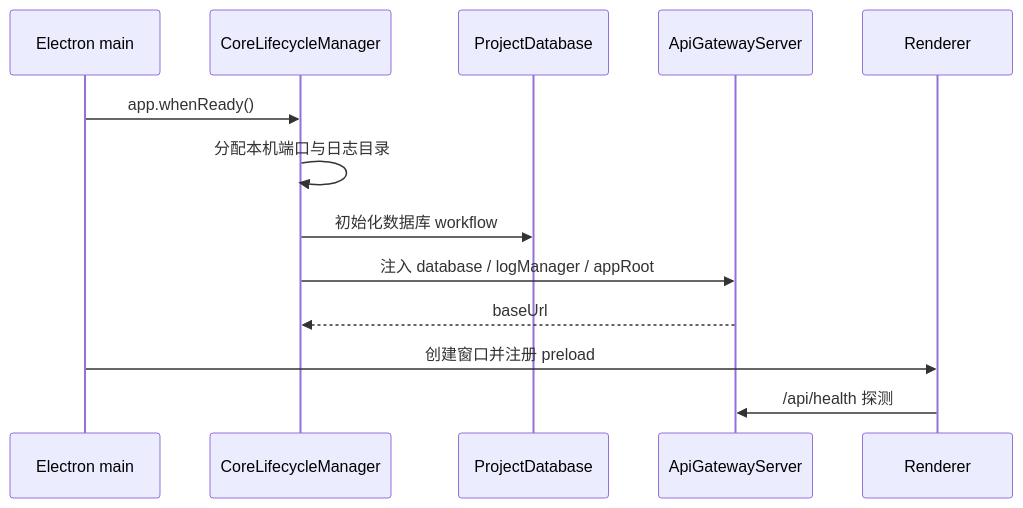
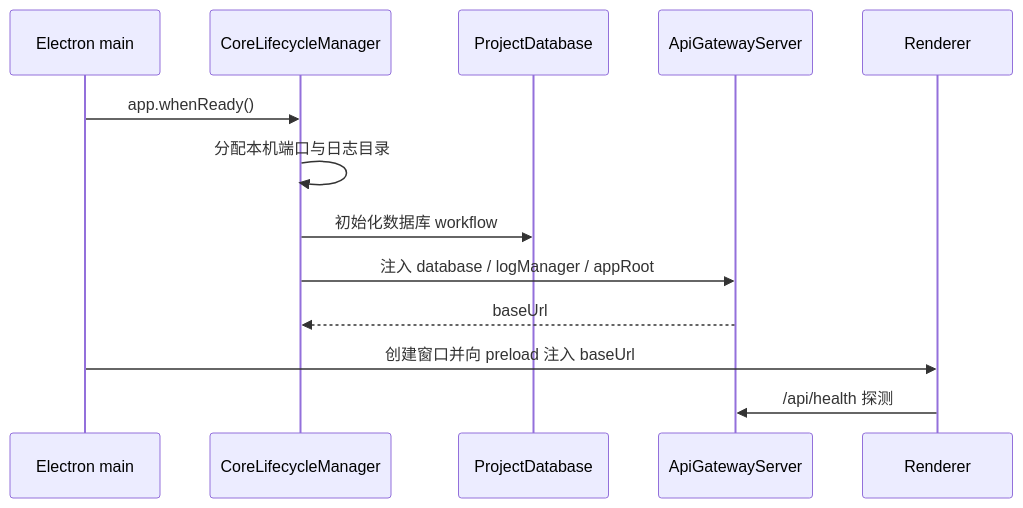
One commit to neavo/LinguaGacha changed the second of 3 diagrams in docs/ARCHITECTURE.md. Above: the diagram before and after it, drawn with Mermaid. The commit also changed other lines of this file and 33 other files, not shown here.

````diff
--- a/docs/ARCHITECTURE.md
+++ b/docs/ARCHITECTURE.md
@@ -53,16 +58,16 @@
 ```mermaid
 sequenceDiagram
   participant Main as Electron main
   participant Life as CoreLifecycleManager
   participant DB as ProjectDatabase
   participant API as ApiGatewayServer
   participant UI as Renderer
 
   Main->>Life: app.whenReady()
   Life->>Life: 分配本机端口与日志目录
   Life->>DB: 初始化数据库 workflow
   Life->>API: 注入 database / logManager / appRoot
   API-->>Life: baseUrl
-  Main->>UI: 创建窗口并注册 preload
+  Main->>UI: 创建窗口并向 preload 注入 baseUrl
   UI->>API: /api/health 探测
 ```
````
